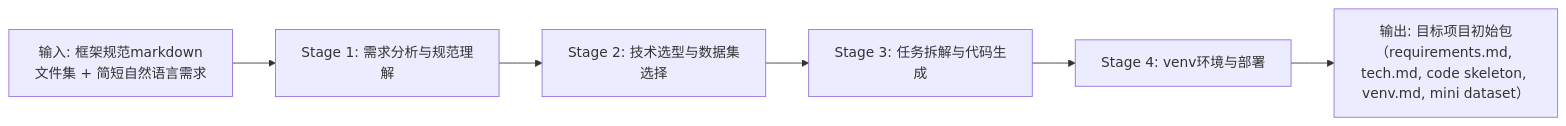
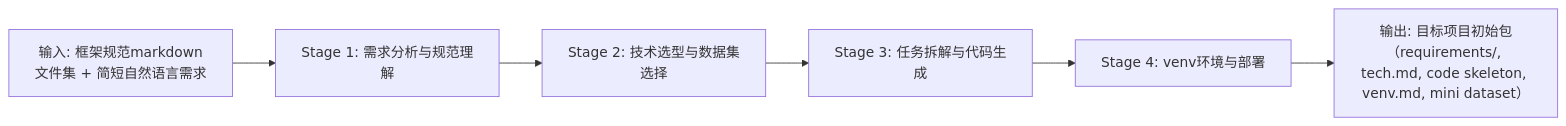
Before and after one commit to ouyangshixiong/context-engineering-zh: the first of 16 diagrams in README.md, drawn with Mermaid. The commit also changed other lines of this file and 21 other files, not shown here.

````diff
--- a/README.md
+++ b/README.md
@@ -115,11 +115,11 @@
 ```mermaid
 flowchart LR
     S1[Stage 1: 需求分析与规范理解]
     S2[Stage 2: 技术选型与数据集选择]
     S3[Stage 3: 任务拆解与代码生成]
     S4[Stage 4: venv环境与部署]
     IN[输入: 框架规范markdown文件集 + 简短自然语言需求]
-    OUT[输出: 目标项目初始包（requirements.md, tech.md, code skeleton, venv.md, mini dataset）]
+    OUT[输出: 目标项目初始包（requirements/, tech.md, code skeleton, venv.md, mini dataset）]
 
     IN --> S1 --> S2 --> S3 --> S4 --> OUT
 ```
````
